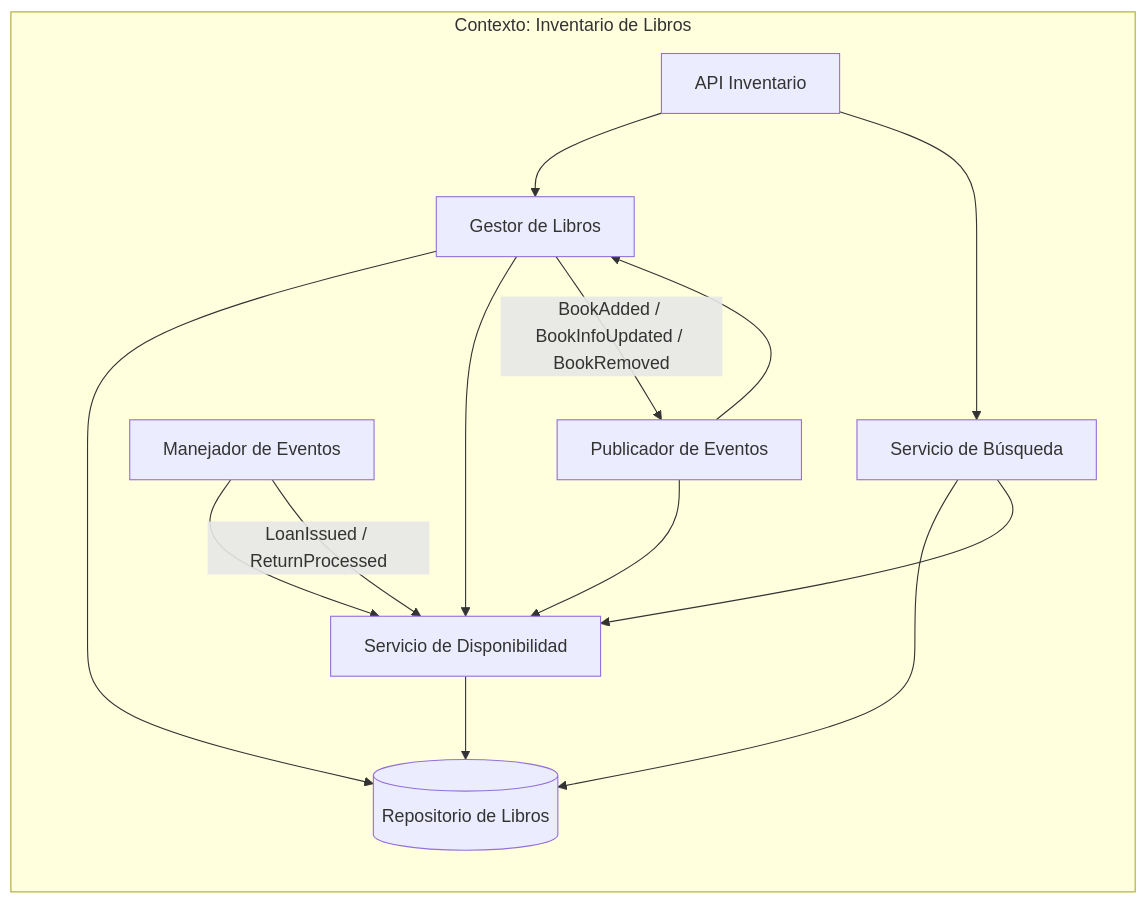
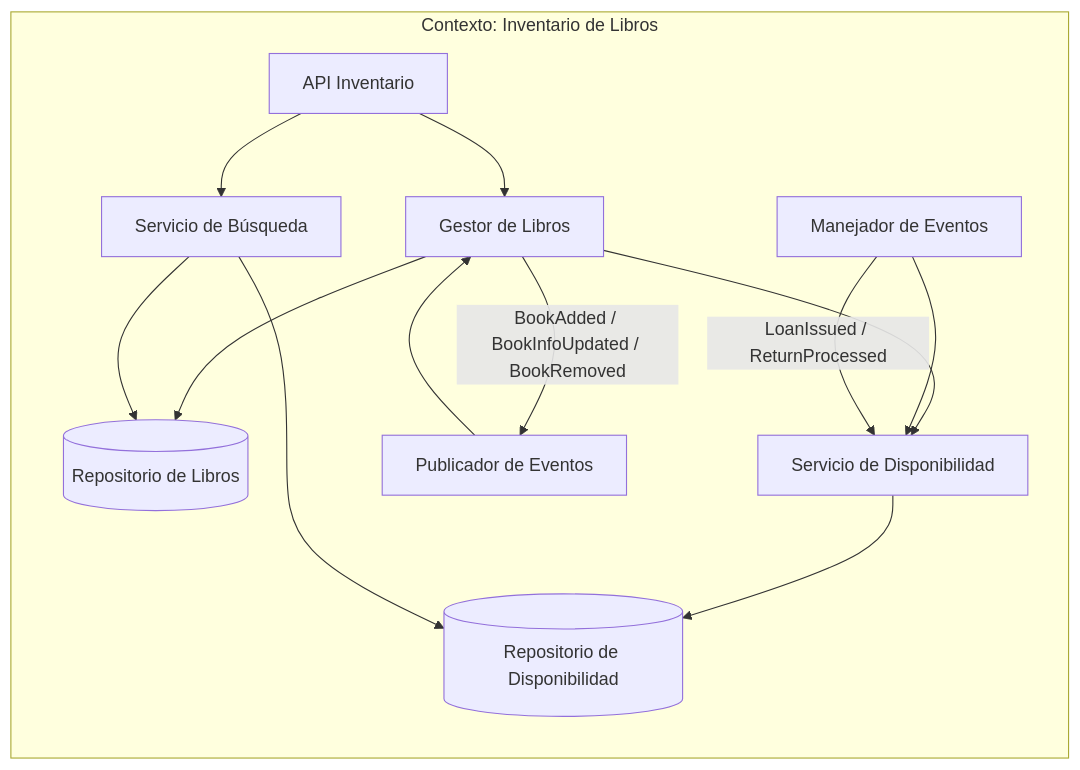
Before and after one commit to alebuzo/SOA-I-2026: the first of 5 diagrams in tarea1/03-contexto-inventario.md, drawn with Mermaid. The commit also changed other lines of this file, not shown here.

````diff
--- a/tarea1/03-contexto-inventario.md
+++ b/tarea1/03-contexto-inventario.md
@@ -70,19 +83,18 @@
 ```mermaid
 flowchart TB
     subgraph Inventario["Contexto: Inventario de Libros"]
         direction TB
         A[Gestor de Libros] --> B[(Repositorio de Libros)]
         A --> C[Servicio de Disponibilidad]
-        C --> B
-        D[Servicio de Búsqueda] --> B
-        D --> C
-        E[API Inventario] --> A
+        C --> D[(Repositorio de Disponibilidad)]
+        E[Servicio de Búsqueda] --> B
         E --> D
-        F[Manejador de Eventos] --> C
-        G[Publicador de Eventos] --> A
-        G --> C
+        F[API Inventario] --> A
+        F --> E
+        G[Manejador de Eventos] --> C
+        H[Publicador de Eventos] --> A
     end
 
-    A -->|BookAdded / BookInfoUpdated / BookRemoved| G
-    F -->|LoanIssued / ReturnProcessed| C
+    A -->|BookAdded / BookInfoUpdated / BookRemoved| H
+    G -->|LoanIssued / ReturnProcessed| C
 ```
````
